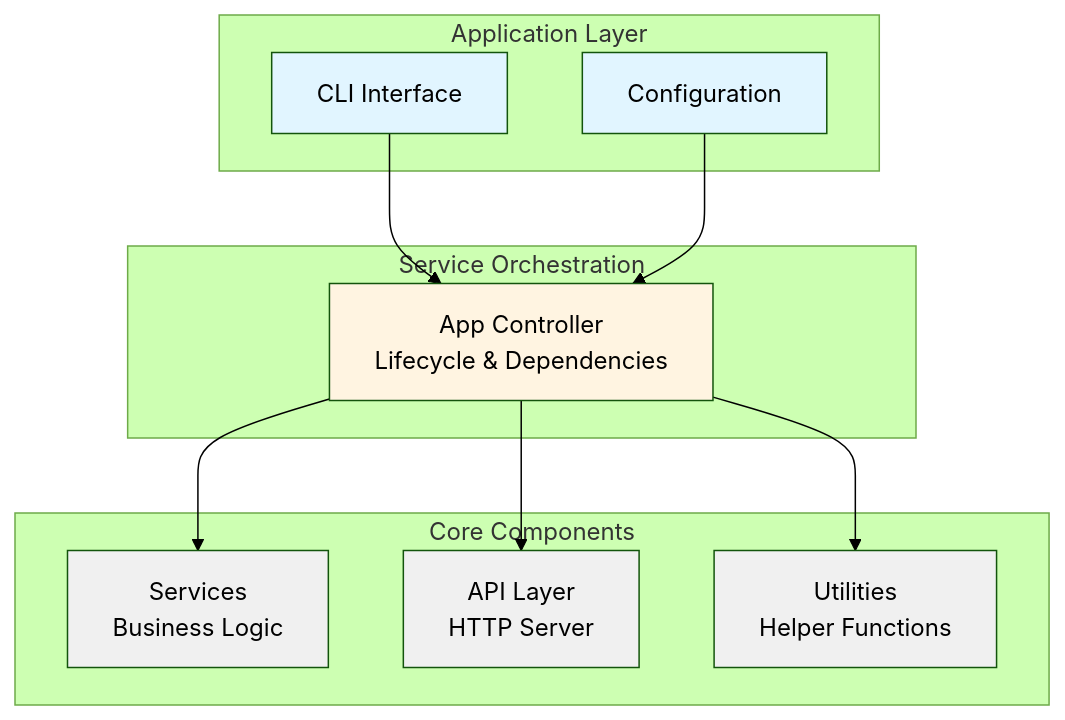
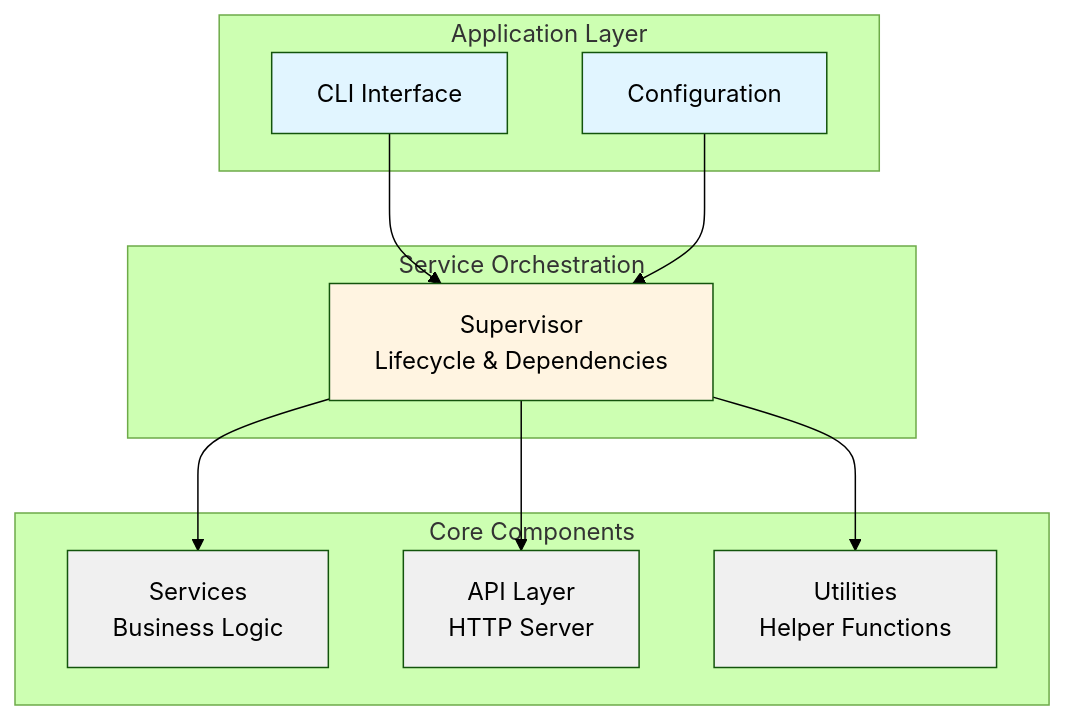
Before and after one commit to xhanio/framingo: the first of 2 diagrams in README.md, drawn with Mermaid (forest theme). The commit also changed other lines of this file and 15 other files, not shown here.

````diff
--- a/README.md
+++ b/README.md
@@ -103,30 +105,30 @@
 ```mermaid
 graph TB
     subgraph "Application Layer"
         CLI[CLI Interface]
         Config[Configuration]
     end
 
     subgraph "Service Orchestration"
-        App[App Controller<br/>Lifecycle & Dependencies]
+        Sup[Supervisor<br/>Lifecycle & Dependencies]
     end
 
     subgraph "Core Components"
         Services[Services<br/>Business Logic]
         API[API Layer<br/>HTTP Server]
         Utils[Utilities<br/>Helper Functions]
     end
 
-    CLI --> App
-    Config --> App
-    App --> Services
-    App --> API
-    App --> Utils
+    CLI --> Sup
+    Config --> Sup
+    Sup --> Services
+    Sup --> API
+    Sup --> Utils
 
     style CLI fill:#e1f5ff
     style Config fill:#e1f5ff
-    style App fill:#fff4e1
+    style Sup fill:#fff4e1
     style Services fill:#f0f0f0
     style API fill:#f0f0f0
     style Utils fill:#f0f0f0
 ```
````
